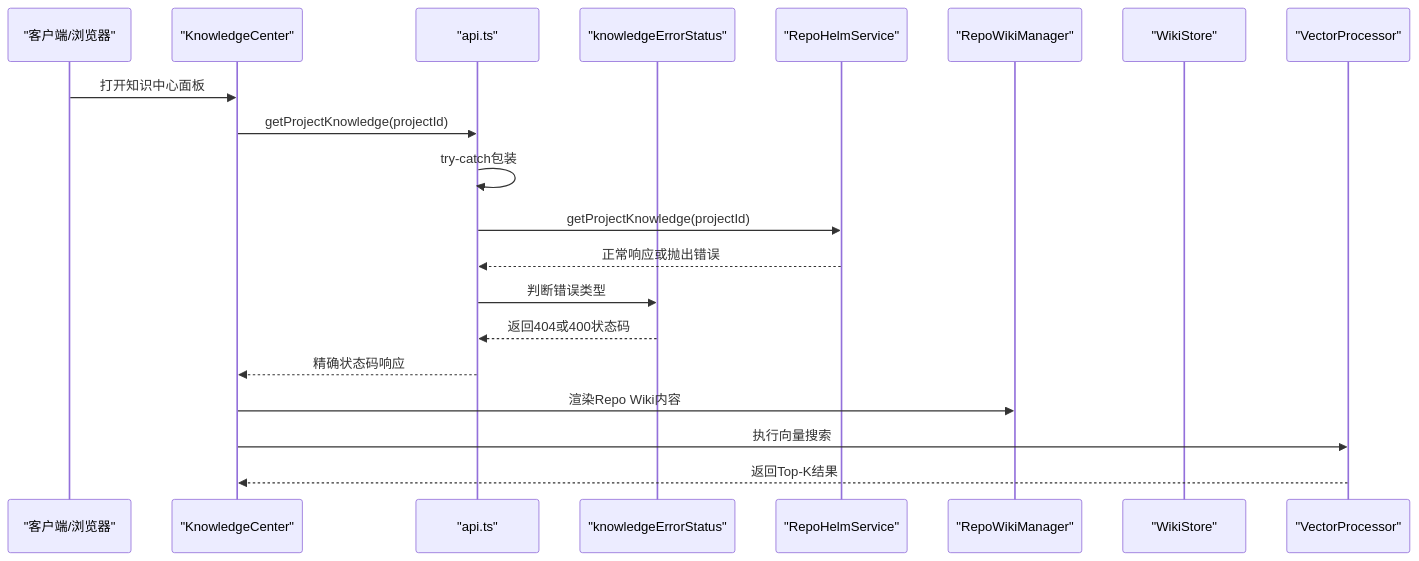
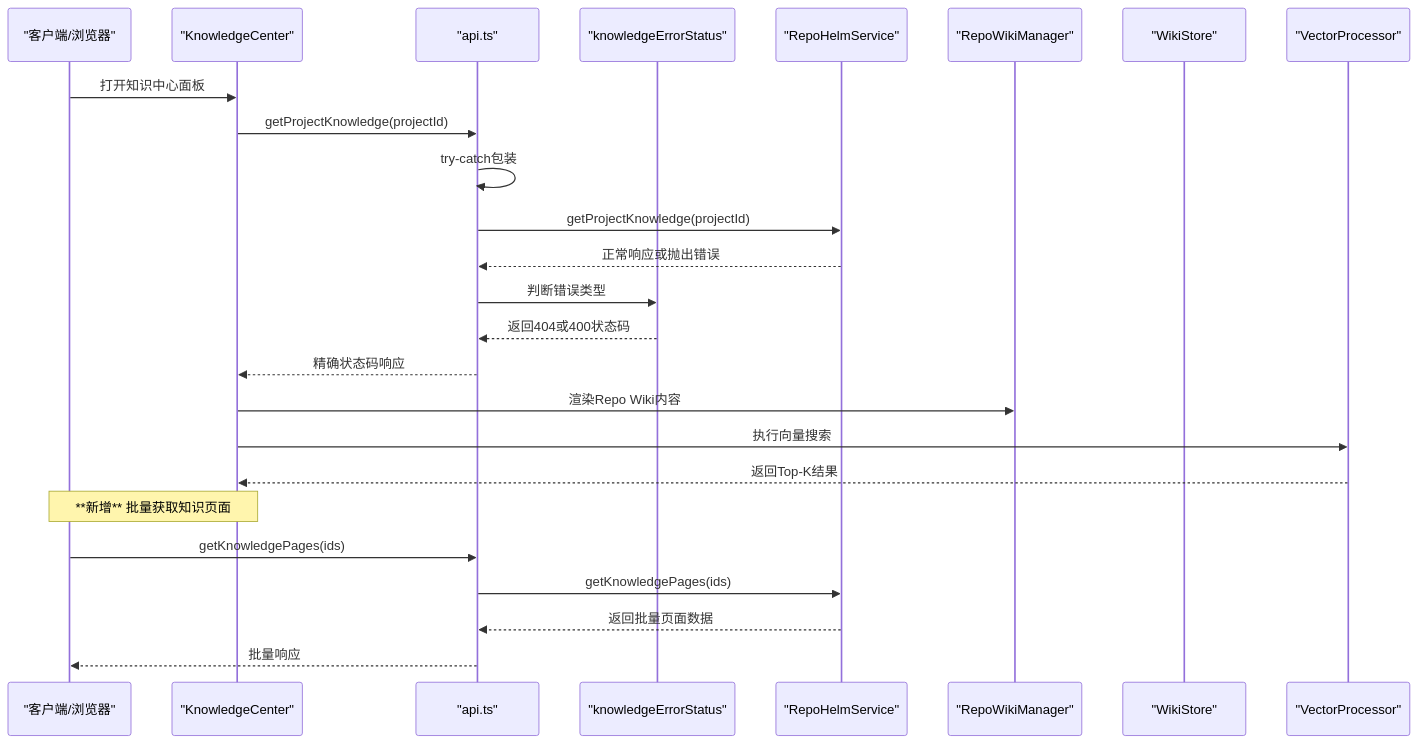
Before and after one commit to coconilu/RepoHelm: the second of 8 diagrams in .qoder/repowiki/zh/content/知识库系统.md, drawn with Mermaid. The commit also changed other lines of this file and 16 other files, not shown here.

````diff
--- a/.qoder/repowiki/zh/content/知识库系统.md
+++ b/.qoder/repowiki/zh/content/知识库系统.md
@@ -174,22 +175,27 @@
 ```mermaid
 sequenceDiagram
 participant Client as "客户端/浏览器"
 participant KC as "KnowledgeCenter"
 participant API as "api.ts"
 participant ErrorHandler as "knowledgeErrorStatus"
 participant Service as "RepoHelmService"
 participant Wiki as "RepoWikiManager"
 participant Store as "WikiStore"
 participant Vector as "VectorProcessor"
 Client->>KC : 打开知识中心面板
 KC->>API : getProjectKnowledge(projectId)
 API->>API : try-catch包装
 API->>Service : getProjectKnowledge(projectId)
 Service-->>API : 正常响应或抛出错误
 API->>ErrorHandler : 判断错误类型
 ErrorHandler-->>API : 返回404或400状态码
 API-->>KC : 精确状态码响应
 KC->>Wiki : 渲染Repo Wiki内容
 KC->>Vector : 执行向量搜索
 Vector-->>KC : 返回Top-K结果
+Note over Client,KC : **新增** 批量获取知识页面
+Client->>API : getKnowledgePages(ids)
+API->>Service : getKnowledgePages(ids)
+Service-->>API : 返回批量页面数据
+API-->>Client : 批量响应
 ```
````
